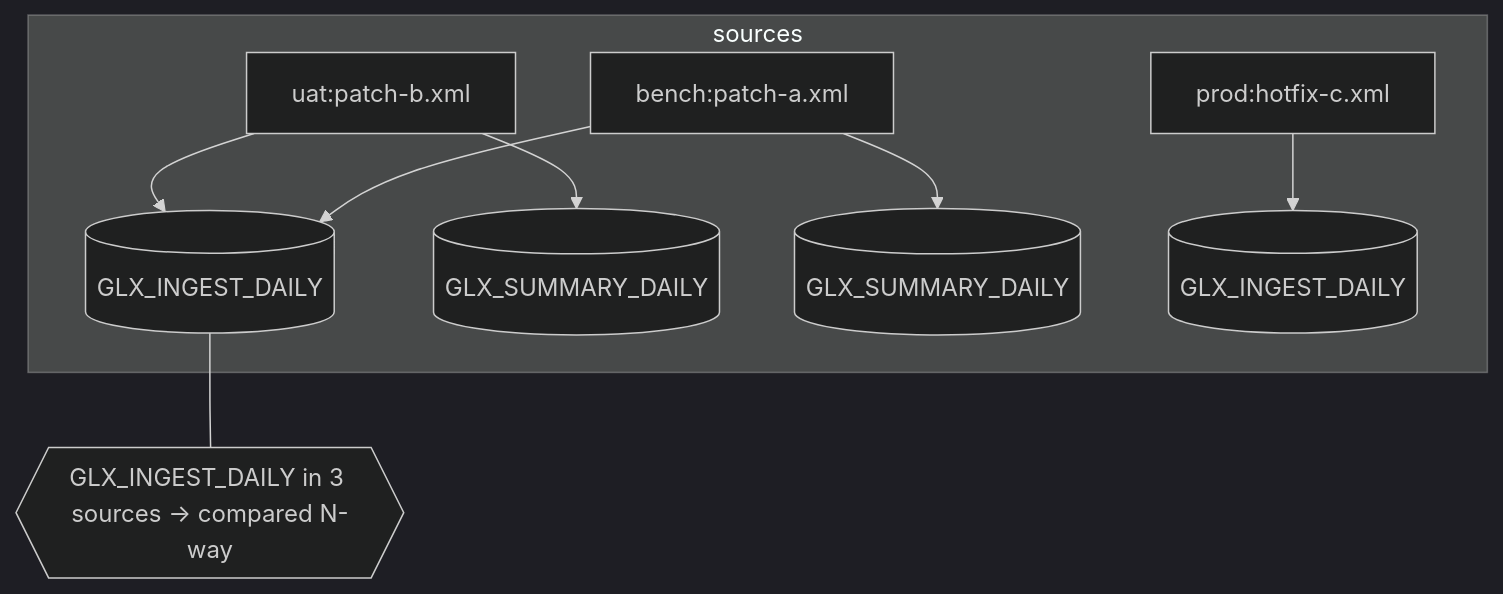
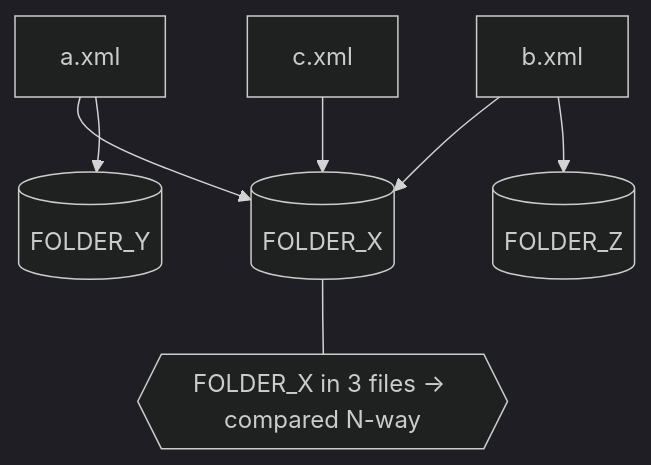
Before and after one commit to bilouro/xmldiffreport: the diagram in docs/guide/inputs.md, drawn with Mermaid (dark theme). The commit also changed other lines of this file and 36 other files, not shown here.

````diff
--- a/docs/guide/inputs.md
+++ b/docs/guide/inputs.md
@@ -16,9 +16,7 @@
 ```mermaid
 flowchart TB
-  subgraph sources
-    A[uat:patch-b.xml] --> U1[(GLX_INGEST_DAILY)] & U2[(GLX_SUMMARY_DAILY)]
-    B[bench:patch-a.xml] --> U1 & U2b[(GLX_SUMMARY_DAILY)]
-    C[prod:hotfix-c.xml] --> U1c[(GLX_INGEST_DAILY)]
-  end
-  U1 --- X{{GLX_INGEST_DAILY in 3 sources → compared N-way}}
+  A[a.xml] --> U1[(FOLDER_X)] & U2[(FOLDER_Y)]
+  B[b.xml] --> U1 & U3[(FOLDER_Z)]
+  C[c.xml] --> U1
+  U1 --- X{{FOLDER_X in 3 files → compared N-way}}
 ```
````
